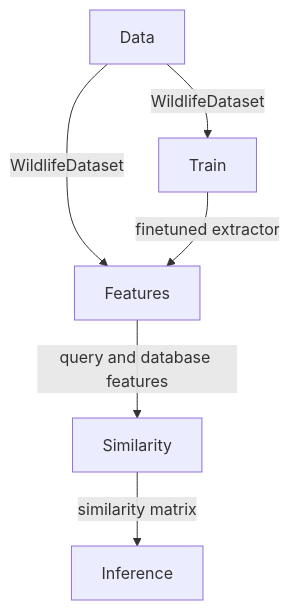
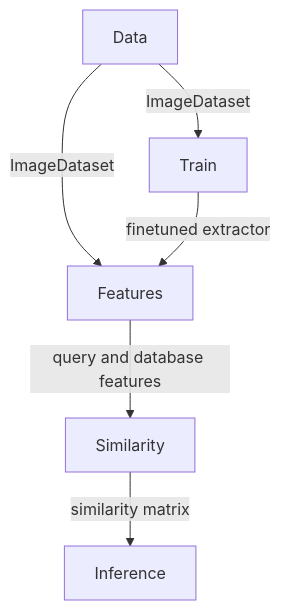
One commit to WildlifeDatasets/wildlife-tools changed the diagram in README.md. Above: the diagram before and after it, drawn with Mermaid. The commit also changed other lines of this file and 69 other files, not shown here.

````diff
--- a/README.md
+++ b/README.md
@@ -71,8 +86,8 @@
 ```mermaid
   graph TD;
-      A[Data]-->|WildlifeDataset|B[Features]
-      A-->|WildlifeDataset|C;
+      A[Data]-->|ImageDataset|B[Features]
+      A-->|ImageDataset|C;
       C[Train]-->|finetuned extractor|B;
       B-->|query and database features|D[Similarity]
       D-->|similarity matrix|E[Inference]
 ```
````
